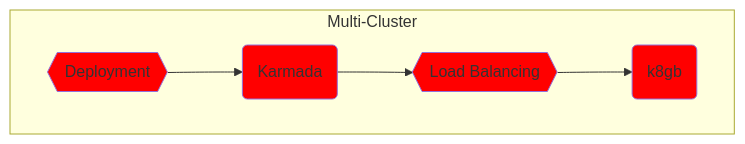
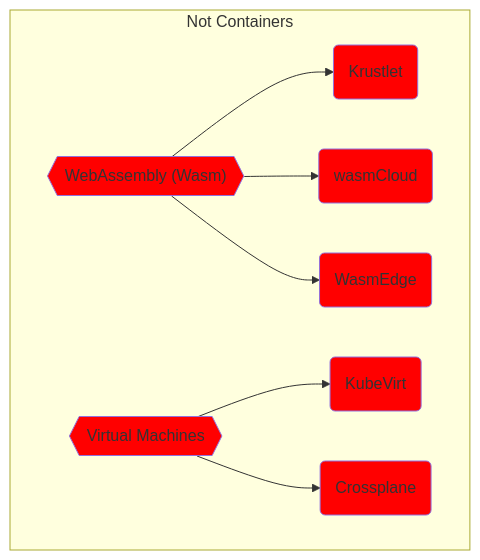
The eighth of 8 diagrams in solution.md (vfarcic/cncf-demo), drawn with Mermaid before and after one commit. The commit also changed other lines of this file and 2 other files, not shown here.

````diff
--- a/solution.md
+++ b/solution.md
@@ -540,25 +810,31 @@
 ```mermaid
 flowchart TD
 
-    subgraph Multi-Cluster
+    subgraph no-containers[Not Containers]
 
-        %% ----------------
-        %% -- Deployment --
-        %% ----------------
-        deployment-mc{{Deployment}}
-        style deployment-mc fill:red
-        deployment-mc-karmada(Karmada)
-        style deployment-mc-karmada fill:red
-        deployment-mc --> deployment-mc-karmada --> lb-mc
-
-        %% --------------------
-        %% -- Load Balancing --
-        %% --------------------
-        lb-mc{{Load Balancing}}
-        style lb-mc fill:red
-        lb-mc-k8gb(k8gb)
-        style lb-mc-k8gb fill:red
-        lb-mc --> lb-mc-k8gb
-
+        %% ------------------------
+        %% -- WebAssembly (Wasm) --
+        %% ------------------------
+        wasm{{"WebAssembly (Wasm)"}}
+        style wasm fill:red
+        wasm-krustlet(Krustlet)
+        style wasm-krustlet fill:red
+        wasm-cloud(wasmCloud)
+        style wasm-cloud fill:red
+        wasm-edge(WasmEdge)
+        style wasm-edge fill:red
+        wasm --> wasm-krustlet & wasm-cloud & wasm-edge
+        
+        %% ----------------------
+        %% -- Virtual Machines --
+        %% ----------------------
+        vm{{Virtual Machines}}
+        style vm fill:red
+        vm-kube-virt(KubeVirt)
+        style vm-kube-virt fill:red
+        vm-crossplane(Crossplane)
+        style vm-crossplane fill:red
+        vm --> vm-kube-virt & vm-crossplane
+    
     end
 ```
````
